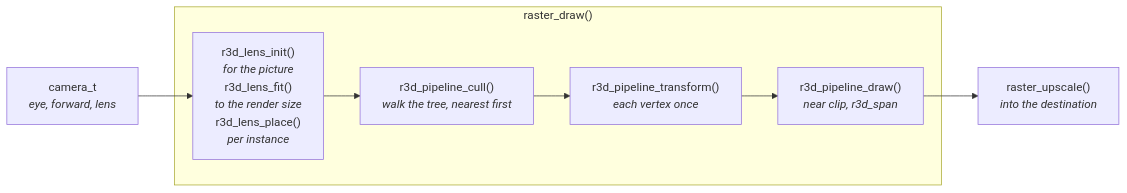
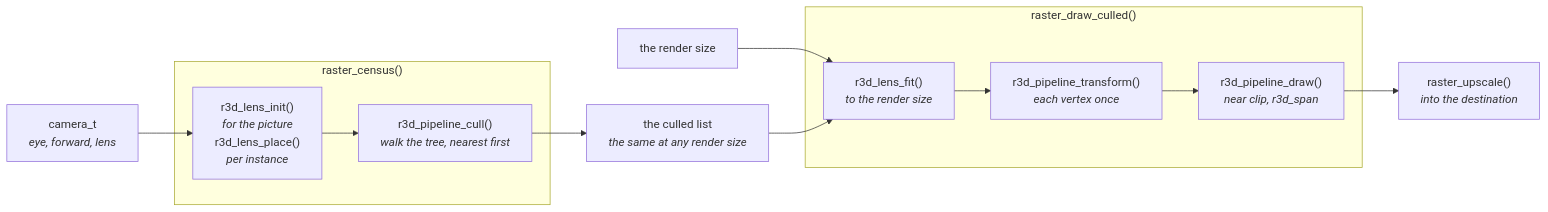
Before and after one commit to jose-villegas/autana: the first of 3 diagrams in docs/render/Mesh-Rendering.md, drawn with Mermaid. The commit also changed other lines of this file and 8 other files, not shown here.

Commit message:
render: review round 1 - the frame diagram shows census and draw, the census list's validity stated, upscale paths named by their width rule

````diff
--- a/docs/render/Mesh-Rendering.md
+++ b/docs/render/Mesh-Rendering.md
@@ -90,10 +90,16 @@
 ```mermaid
 flowchart LR
-    Camera["camera_t<br/><i>eye, forward, lens</i>"] --> Lens
-    subgraph Render["raster_draw()"]
-        Lens["r3d_lens_init()<br/><i>for the picture</i><br/>r3d_lens_fit()<br/><i>to the render size</i><br/>r3d_lens_place()<br/><i>per instance</i>"] --> Cull
-        Cull["r3d_pipeline_cull()<br/><i>walk the tree, nearest first</i>"] --> Transform["r3d_pipeline_transform()<br/><i>each vertex once</i>"]
-        Transform --> Draw["r3d_pipeline_draw()<br/><i>near clip, r3d_span</i>"]
+    Camera["camera_t<br/><i>eye, forward, lens</i>"] --> Picture
+    subgraph Census["raster_census()"]
+        Picture["r3d_lens_init()<br/><i>for the picture</i><br/>r3d_lens_place()<br/><i>per instance</i>"] --> Cull
+        Cull["r3d_pipeline_cull()<br/><i>walk the tree, nearest first</i>"]
     end
-    Draw --> Upscale["raster_upscale()<br/><i>into the destination</i>"]
+    Cull --> List["the culled list<br/><i>the same at any render size</i>"]
+    Size["the render size"] --> Fit
+    List --> Fit
+    subgraph Draw["raster_draw_culled()"]
+        Fit["r3d_lens_fit()<br/><i>to the render size</i>"] --> Transform["r3d_pipeline_transform()<br/><i>each vertex once</i>"]
+        Transform --> DrawStage["r3d_pipeline_draw()<br/><i>near clip, r3d_span</i>"]
+    end
+    DrawStage --> Upscale["raster_upscale()<br/><i>into the destination</i>"]
 ```
````
